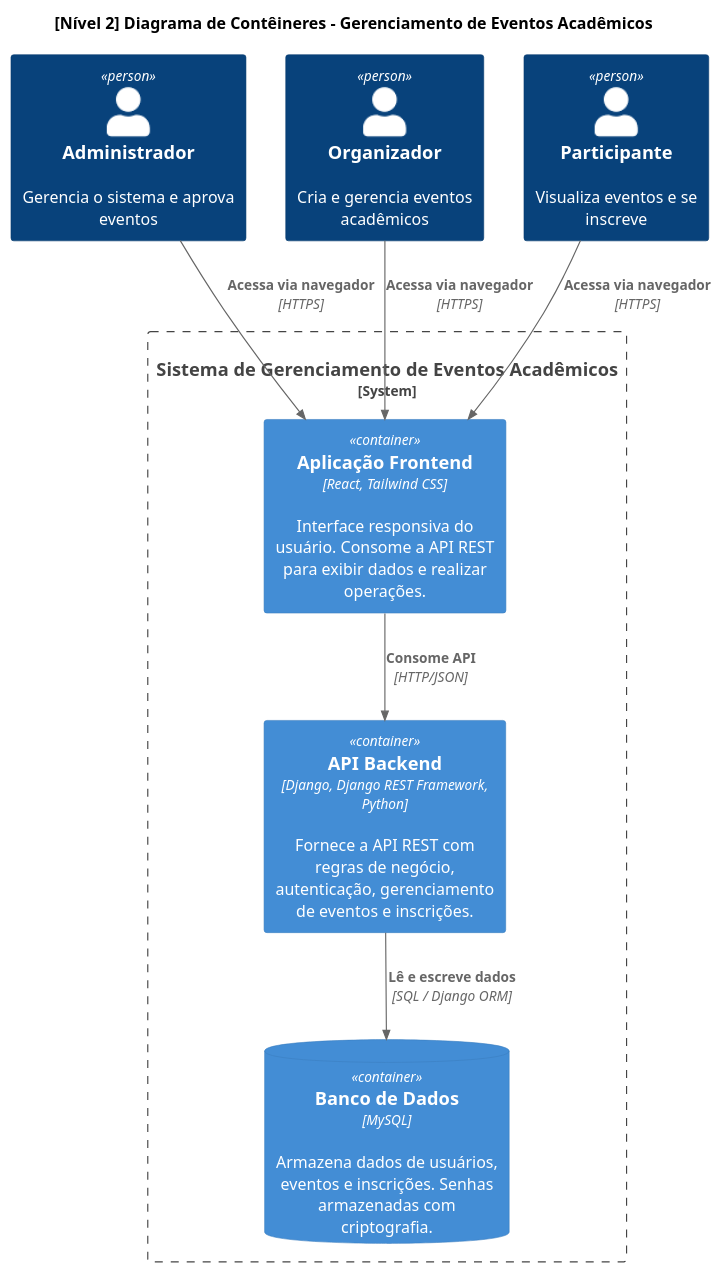
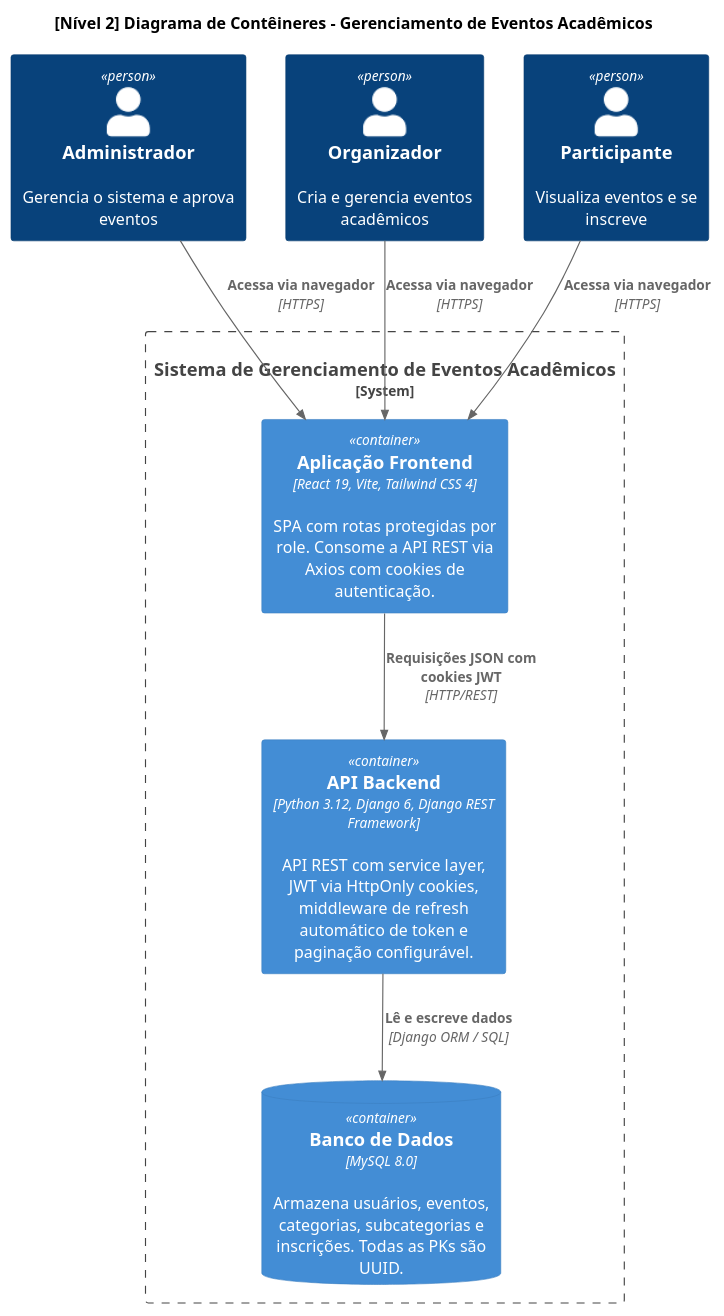
One commit to igorSeberino/event-manager-django-react changed the second of 4 diagrams in docs/architecture/c4-model.puml. Above: the diagram before and after it, drawn with PlantUML. The commit also changed other lines of this file and 8 other files, not shown here.

```diff
--- a/docs/architecture/c4-model.puml
+++ b/docs/architecture/c4-model.puml
@@ -19,23 +19,23 @@
 @startuml C4_Containers
 !include https://raw.githubusercontent.com/plantuml-stdlib/C4-PlantUML/master/C4_Container.puml
 
 LAYOUT_TOP_DOWN()
 
 title [Nível 2] Diagrama de Contêineres - Gerenciamento de Eventos Acadêmicos
 
 Person(admin, "Administrador", "Gerencia o sistema e aprova eventos")
 Person(organizer, "Organizador", "Cria e gerencia eventos acadêmicos")
 Person(participant, "Participante", "Visualiza eventos e se inscreve")
 
 System_Boundary(eventSystem, "Sistema de Gerenciamento de Eventos Acadêmicos") {
-    Container(spa, "Aplicação Frontend", "React, Tailwind CSS", "Interface responsiva do usuário. Consome a API REST para exibir dados e realizar operações.")
-    Container(api, "API Backend", "Django, Django REST Framework, Python", "Fornece a API REST com regras de negócio, autenticação, gerenciamento de eventos e inscrições.")
-    ContainerDb(db, "Banco de Dados", "MySQL", "Armazena dados de usuários, eventos e inscrições. Senhas armazenadas com criptografia.")
+    Container(spa, "Aplicação Frontend", "React 19, Vite, Tailwind CSS 4", "SPA com rotas protegidas por role. Consome a API REST via Axios com cookies de autenticação.")
+    Container(api, "API Backend", "Python 3.12, Django 6, Django REST Framework", "API REST com service layer, JWT via HttpOnly cookies, middleware de refresh automático de token e paginação configurável.")
+    ContainerDb(db, "Banco de Dados", "MySQL 8.0", "Armazena usuários, eventos, categorias, subcategorias e inscrições. Todas as PKs são UUID.")
 }
 
 Rel(admin, spa, "Acessa via navegador", "HTTPS")
 Rel(organizer, spa, "Acessa via navegador", "HTTPS")
 Rel(participant, spa, "Acessa via navegador", "HTTPS")
-Rel(spa, api, "Consome API", "HTTP/JSON")
-Rel(api, db, "Lê e escreve dados", "SQL / Django ORM")
+Rel(spa, api, "Requisições JSON com cookies JWT", "HTTP/REST")
+Rel(api, db, "Lê e escreve dados", "Django ORM / SQL")
 @enduml
```
